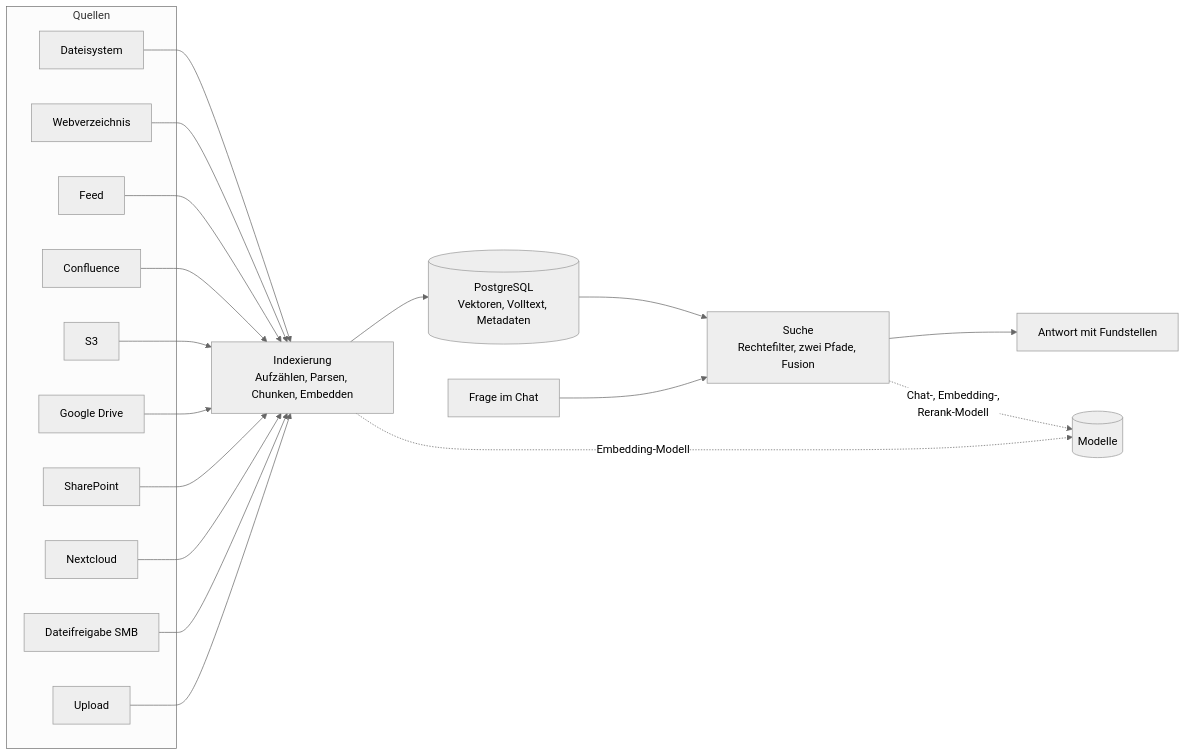
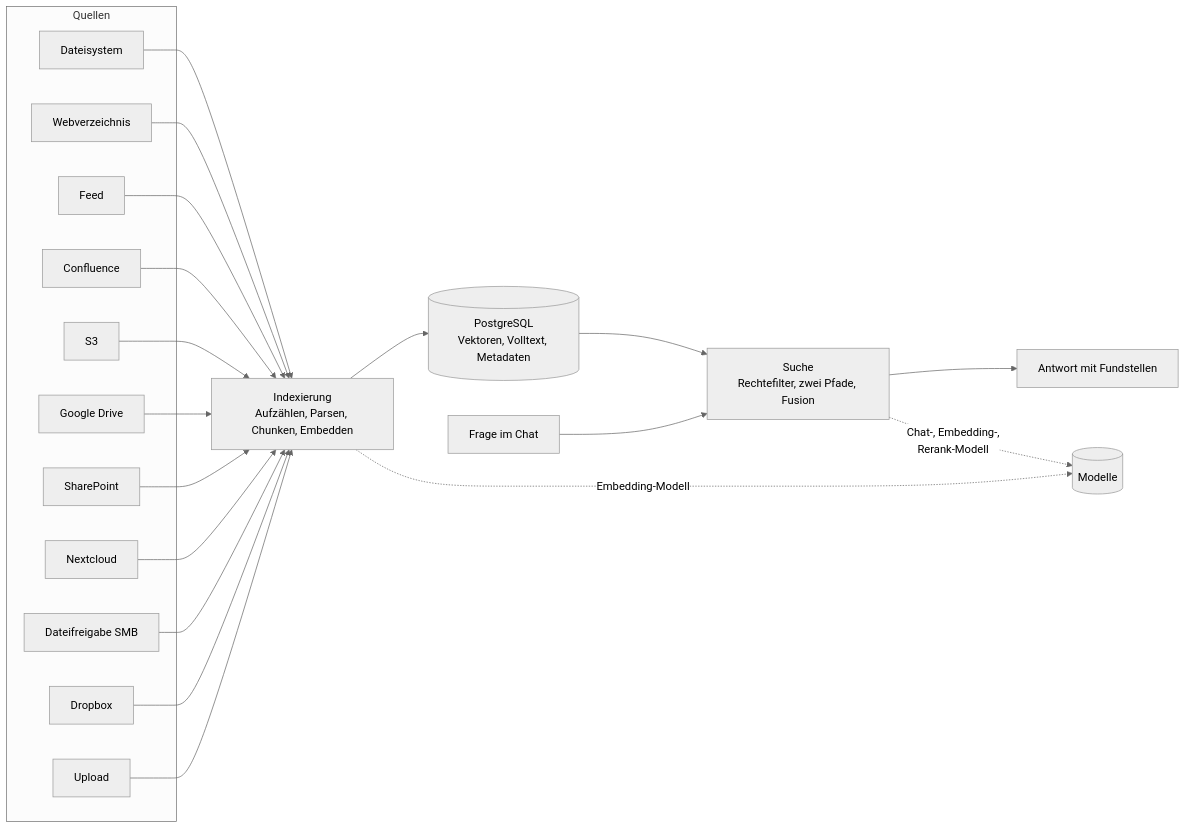
Before and after one commit to criew/opaa: the diagram in docs/handbuch/README.md, drawn with Mermaid (neutral theme). The commit also changed other lines of this file and 3 other files, not shown here.

````diff
--- a/docs/handbuch/README.md
+++ b/docs/handbuch/README.md
@@ -24,31 +24,33 @@
 ```mermaid
 flowchart LR
     subgraph Quellen
         Q1[Dateisystem]
         Q2[Webverzeichnis]
         Q3[Feed]
         Q4[Confluence]
         Q5[S3]
         Q7[Google Drive]
         Q10[SharePoint]
         Q8[Nextcloud]
         Q9[Dateifreigabe SMB]
+        Q11[Dropbox]
         Q6[Upload]
     end
     Q1 --> I[Indexierung<br/>Aufzählen, Parsen, Chunken, Embedden]
     Q2 --> I
     Q3 --> I
     Q4 --> I
     Q5 --> I
     Q7 --> I
     Q10 --> I
     Q8 --> I
     Q9 --> I
+    Q11 --> I
     Q6 --> I
     I --> DB[(PostgreSQL<br/>Vektoren, Volltext, Metadaten)]
     DB --> S[Suche<br/>Rechtefilter, zwei Pfade, Fusion]
     F[Frage im Chat] --> S
     S --> A[Antwort mit Fundstellen]
     I -. Embedding-Modell .-> M[(Modelle)]
     S -. Chat-, Embedding-,<br/>Rerank-Modell .-> M
 ```
````
